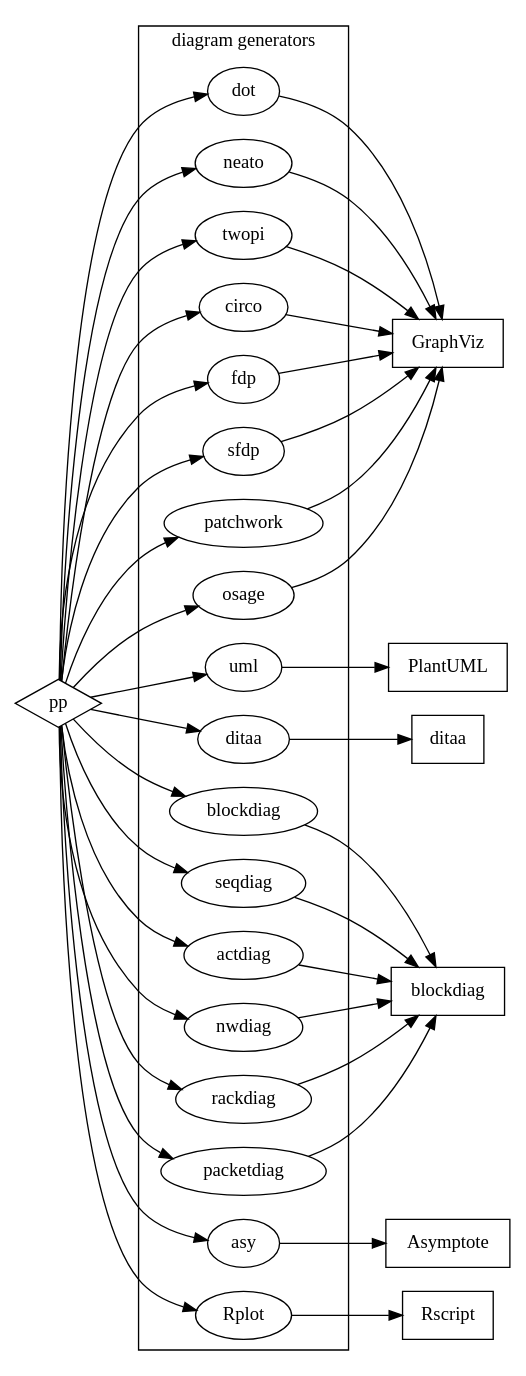
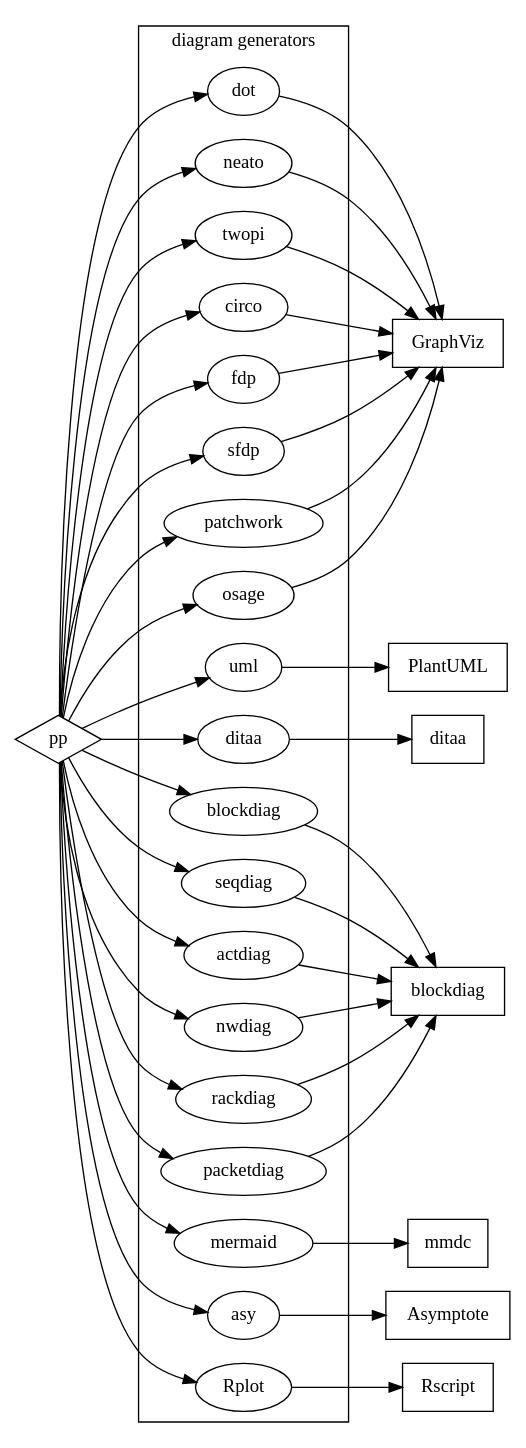
One commit to CDSoft/pp changed the diagram in doc/img/pp-generators.dot. Above: the diagram before and after it, drawn with Graphviz. The commit also changed 13 other files, not shown here.

Commit message:
mermaid support

```diff
--- a/doc/img/pp-generators.dot
+++ b/doc/img/pp-generators.dot
@@ -1,39 +1,41 @@
 
 digraph {
 
     rankdir=LR
 
     subgraph cluster_cmd {
         label = "diagram generators"
-        dot neato twopi circo fdp sfdp patchwork osage uml ditaa blockdiag seqdiag actdiag nwdiag rackdiag packetdiag asy Rplot
+        dot neato twopi circo fdp sfdp patchwork osage uml ditaa blockdiag seqdiag actdiag nwdiag rackdiag packetdiag mermaid asy Rplot
     }
 
     PP [label="pp" shape=diamond]
-    dot neato twopi circo fdp sfdp patchwork osage uml ditaa blockdiag seqdiag actdiag nwdiag rackdiag packetdiag asy Rplot
+    dot neato twopi circo fdp sfdp patchwork osage uml ditaa blockdiag seqdiag actdiag nwdiag rackdiag packetdiag mermaid asy Rplot
     GraphViz [shape=box]
     PlantUML [shape=box]
     DITAA [shape=box label=ditaa]
     BlockDiag [shape=box label=blockdiag]
     Asymptote [shape=box]
     Rscript [shape=box]
+    Mermaid [shape=box label=mmdc]
 
-    PP -> {dot neato twopi circo fdp sfdp patchwork osage uml ditaa blockdiag seqdiag actdiag nwdiag rackdiag packetdiag asy Rplot}
+    PP -> {dot neato twopi circo fdp sfdp patchwork osage uml ditaa blockdiag seqdiag actdiag nwdiag rackdiag packetdiag mermaid asy Rplot}
     dot -> GraphViz
     neato -> GraphViz
     twopi -> GraphViz
     circo -> GraphViz
     fdp -> GraphViz
     sfdp -> GraphViz
     patchwork -> GraphViz
     osage -> GraphViz
     uml -> PlantUML
     ditaa -> DITAA
     blockdiag -> BlockDiag
     seqdiag -> BlockDiag
     actdiag -> BlockDiag
     nwdiag -> BlockDiag
     rackdiag -> BlockDiag
     packetdiag -> BlockDiag
+    mermaid -> Mermaid
     asy -> Asymptote
     Rplot -> Rscript
 }
```
